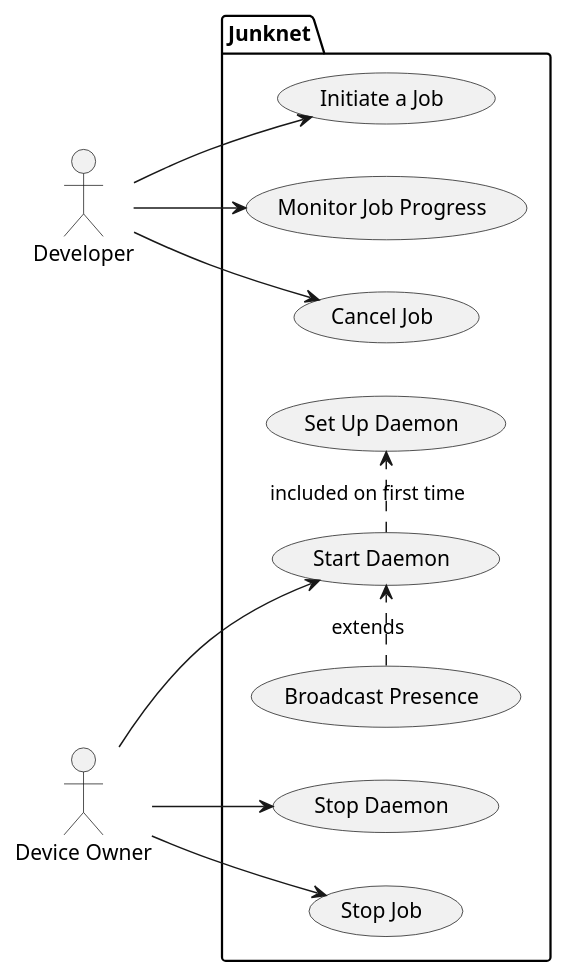
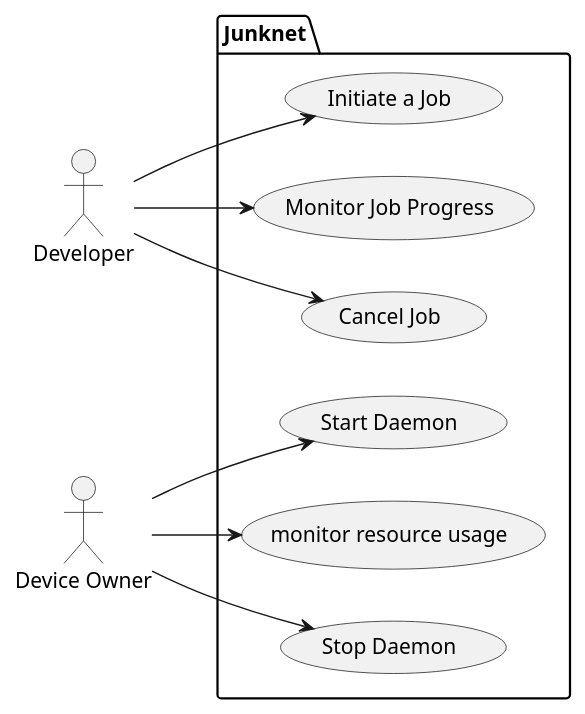
One commit to cs130-w21/1 changed the diagram in UseCase/usecase.plantuml. Above: the diagram before and after it, drawn with PlantUML.

Commit message:
Finished.

```diff
--- a/UseCase/usecase.plantuml
+++ b/UseCase/usecase.plantuml
@@ -1,27 +1,23 @@
 @startuml
-
 left to right direction
 
 actor Developer as developer
-actor "Device Owner" as devOwn
+actor "Device Owner" as DevOwn
+
 package Junknet { 
 	usecase (Initiate a Job) as initiate
 	usecase (Monitor Job Progress) as monitor
 	usecase (Cancel Job) as cancel
-	usecase (Set Up Daemon) as setup
-	usecase (Start Daemon) as start
-	usecase (Broadcast Presence) as broadcast
-	usecase (Stop Daemon) as stopD
-	usecase (Stop Job) as stopJ
+        usecase (Start Daemon) as start
+        usecase (monitor resource usage) as resUsa
+        usecase (Stop Daemon) as stop
+
 }
 
 developer --> initiate
 developer --> monitor
 developer --> cancel
-devOwn --> start
-start .> setup: included on first time
-broadcast .> start: extends
-devOwn --> stopD
-devOwn --> stopJ
-
+DevOwn --> start
+DevOwn --> resUsa
+DevOwn --> stop
 @enduml
```
